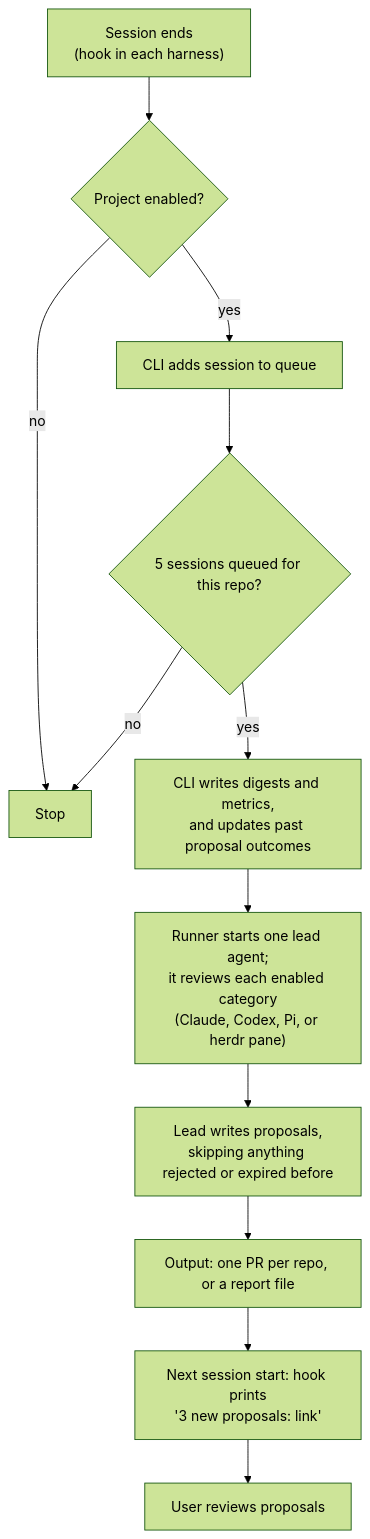
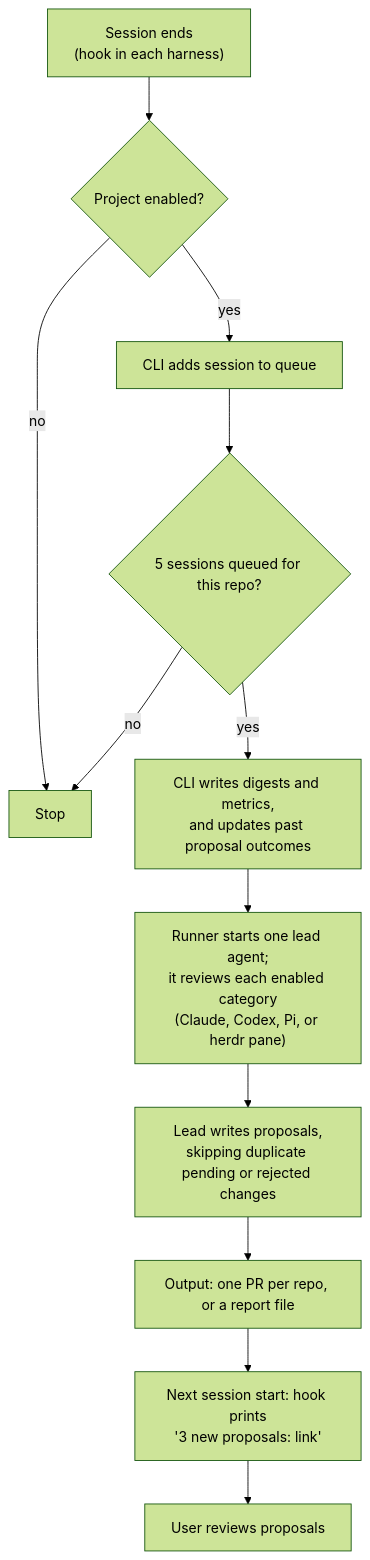
The first of 2 diagrams in README.md (ac8318740/agentic-retro), drawn with Mermaid (forest theme) before and after one commit. The commit also changed other lines of this file and 22 other files, not shown here.

````diff
--- a/README.md
+++ b/README.md
@@ -7,14 +7,14 @@
 ```mermaid
 flowchart TD
     A["Session ends<br/>(hook in each harness)"] --> P{"Project enabled?"}
     P -->|no| Z["Stop"]
     P -->|yes| B["CLI adds session to queue"]
     B --> C{"5 sessions queued for this repo?"}
     C -->|no| Z
     C -->|yes| D["CLI writes digests and metrics,<br/>and updates past proposal outcomes"]
     D --> E["Runner starts one lead agent;<br/>it reviews each enabled category<br/>(Claude, Codex, Pi, or herdr pane)"]
-    E --> F["Lead writes proposals,<br/>skipping anything rejected or expired before"]
+    E --> F["Lead writes proposals,<br/>skipping duplicate pending or rejected changes"]
     F --> G["Output: one PR per repo, or a report file"]
     G --> H["Next session start: hook prints<br/>'3 new proposals: link'"]
     H --> I["User reviews proposals"]
 ```
````
